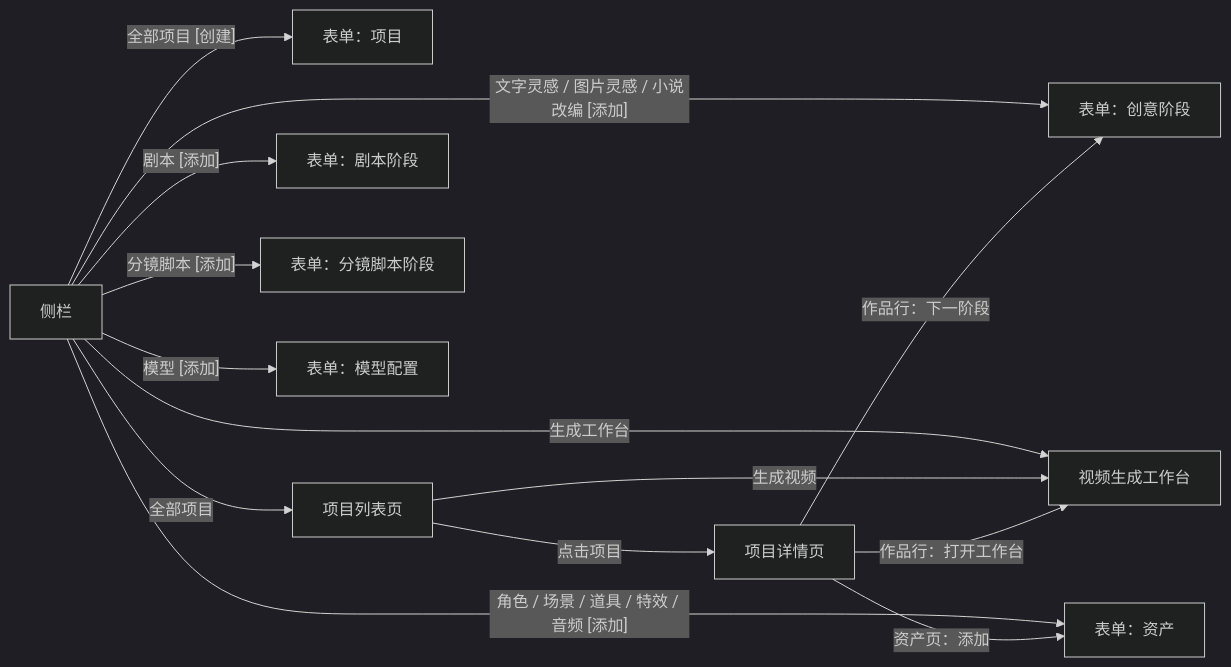
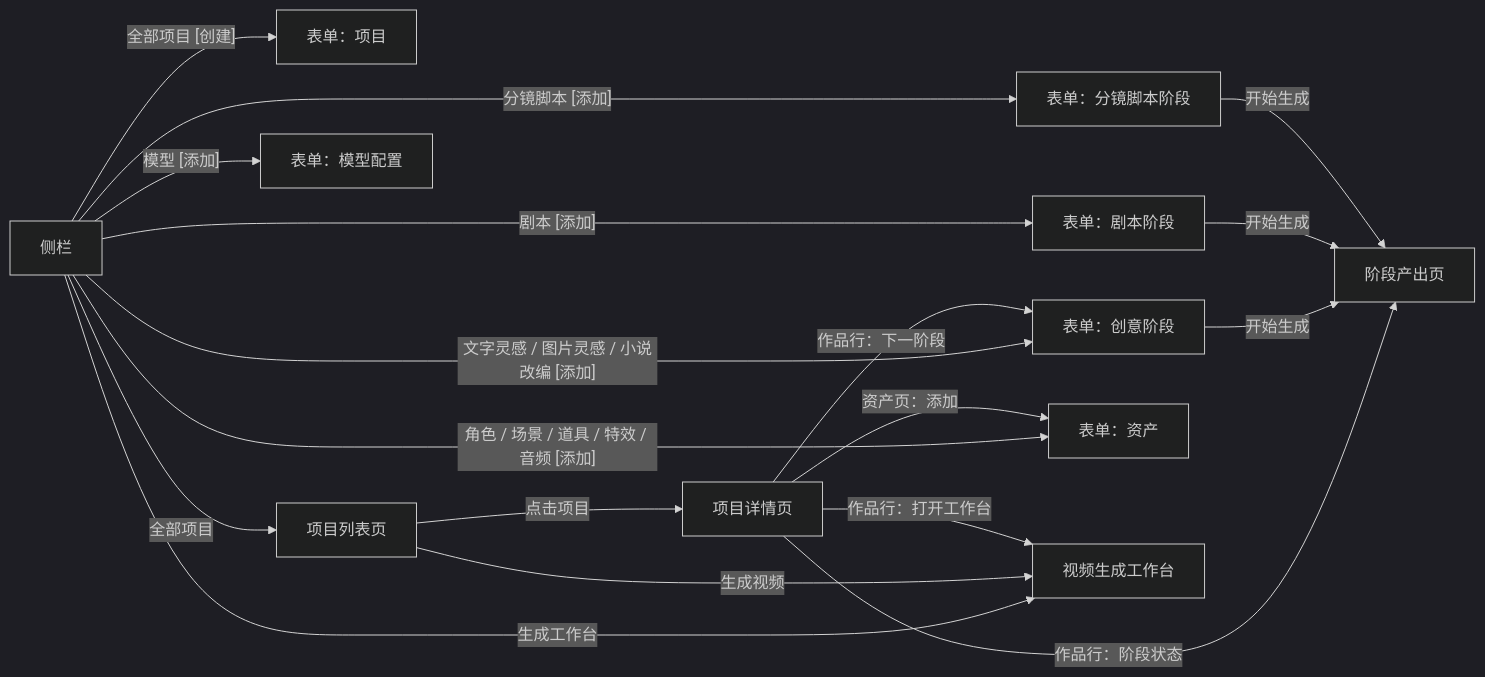
The diagram in docs/page-form-design.md (sengbin/ai-video-studio), drawn with Mermaid (dark theme) before and after one commit. The commit also changed other lines of this file and 2 other files, not shown here.

````diff
--- a/docs/page-form-design.md
+++ b/docs/page-form-design.md
@@ -9,16 +9,20 @@
 ```mermaid
 flowchart LR
   SB["侧栏"] -->|"全部项目 [创建]"| F1["表单：项目"]
   SB -->|"全部项目"| PL["项目列表页"]
   SB -->|"文字灵感 / 图片灵感 / 小说改编 [添加]"| F3["表单：创意阶段"]
   SB -->|"剧本 [添加]"| F4["表单：剧本阶段"]
   SB -->|"分镜脚本 [添加]"| F5["表单：分镜脚本阶段"]
   SB -->|"角色 / 场景 / 道具 / 特效 / 音频 [添加]"| F6["表单：资产"]
   SB -->|"模型 [添加]"| F7["表单：模型配置"]
   SB -->|"生成工作台"| WB["视频生成工作台"]
   PL -->|"点击项目"| PD["项目详情页"]
   PL -->|"生成视频"| WB
   PD -->|"作品行：下一阶段"| F3
   PD -->|"作品行：打开工作台"| WB
   PD -->|"资产页：添加"| F6
+  PD -->|"作品行：阶段状态"| RV["阶段产出页"]
+  F3 -->|"开始生成"| RV
+  F4 -->|"开始生成"| RV
+  F5 -->|"开始生成"| RV
 ```
````
